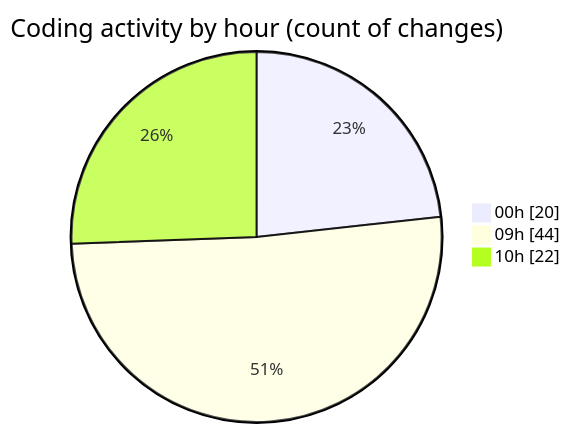
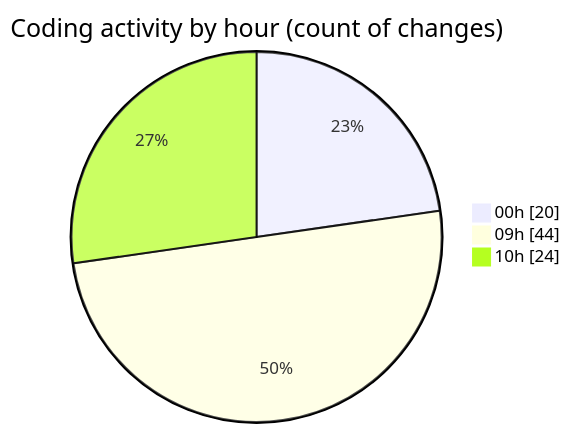
Before and after one commit to momahboobian/code-tracking: the second of 2 diagrams in 2025-03-19/cda/README.md, drawn with Mermaid. The commit also changed other lines of this file and 1 other file, not shown here.

````diff
--- a/2025-03-19/cda/README.md
+++ b/2025-03-19/cda/README.md
@@ -32,7 +32,7 @@
 ```mermaid
 pie showData
 title Coding activity by hour (count of changes)
 "00h" : 20
 "09h" : 44
-"10h" : 22
+"10h" : 24
 ```
````
